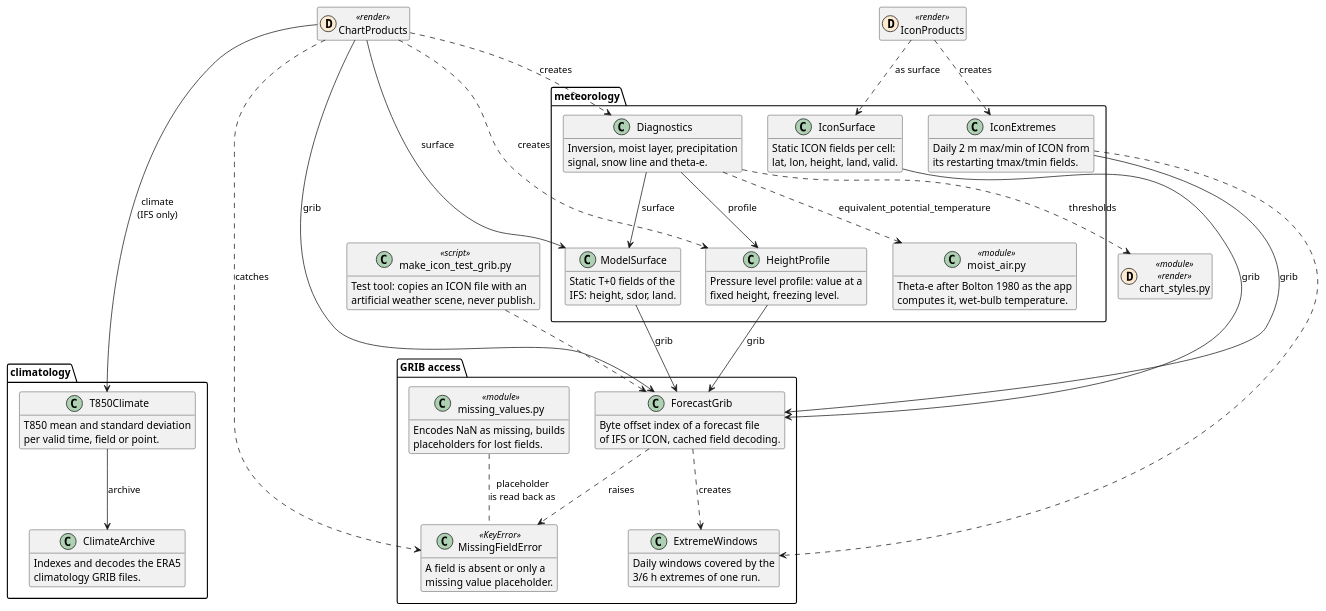
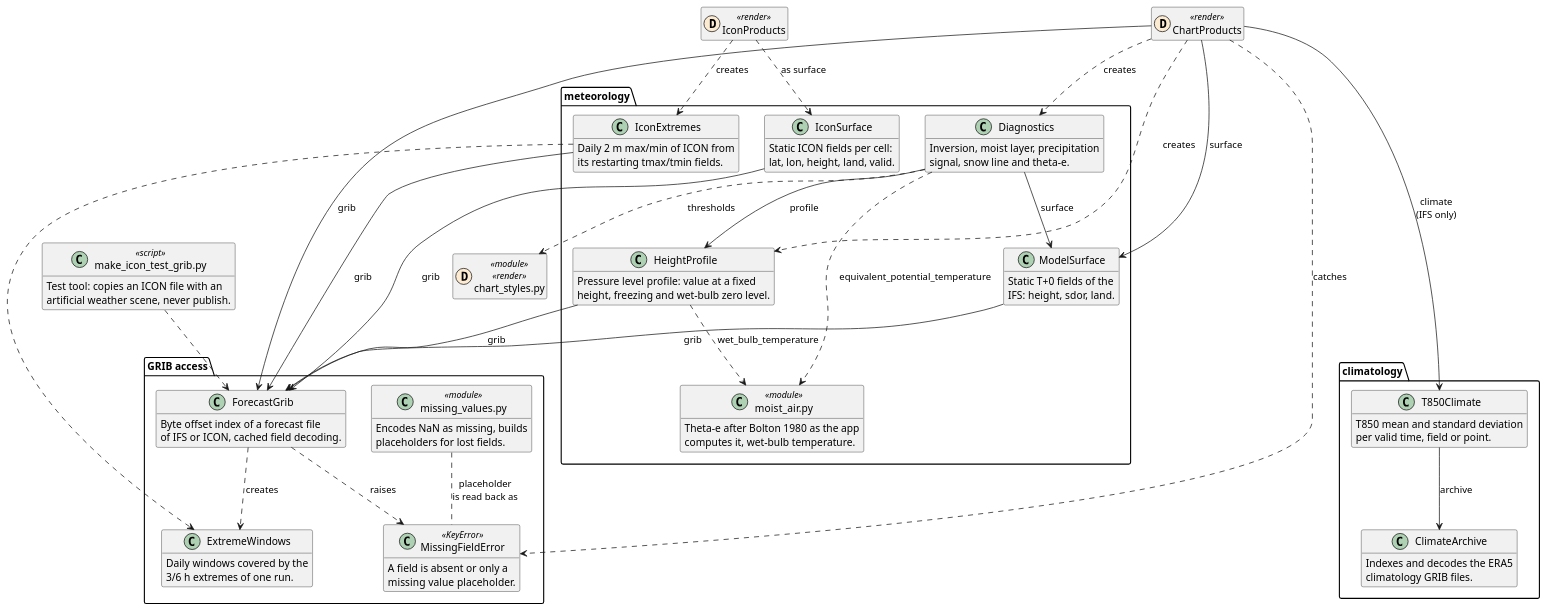
Before and after one commit to schletz/wetterkartenviewer: the fourth of 5 diagrams in REFERENCE.scripts.md, drawn with PlantUML. The commit also changed other lines of this file and 7 other files, not shown here.

First line of the commit message:
Derive the snow line from the 0 °C wet-bulb level

```diff
--- a/REFERENCE.scripts.md
+++ b/REFERENCE.scripts.md
@@ -358,8 +358,8 @@
  lat, lon, height, land, valid.
  }
  class HeightProfile {
- Pressure level profile: value at a
- fixed height, freezing level.
+ Pressure level profile: value at a fixed
+ height, freezing and wet-bulb zero level.
  }
  class Diagnostics {
  Inversion, moist layer, precipitation
@@ -402,6 +402,7 @@
 ModelSurface --> ForecastGrib : grib
 IconSurface --> ForecastGrib : grib
 HeightProfile --> ForecastGrib : grib
+HeightProfile ..> moist_air : wet_bulb_temperature
 Diagnostics --> HeightProfile : profile
 Diagnostics --> ModelSurface : surface
 Diagnostics ..> chart_styles : thresholds
```
